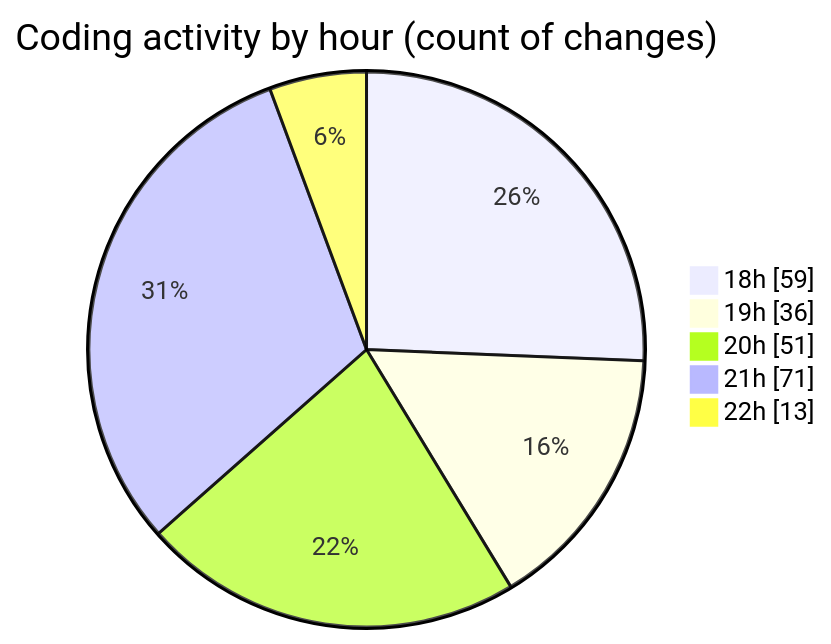
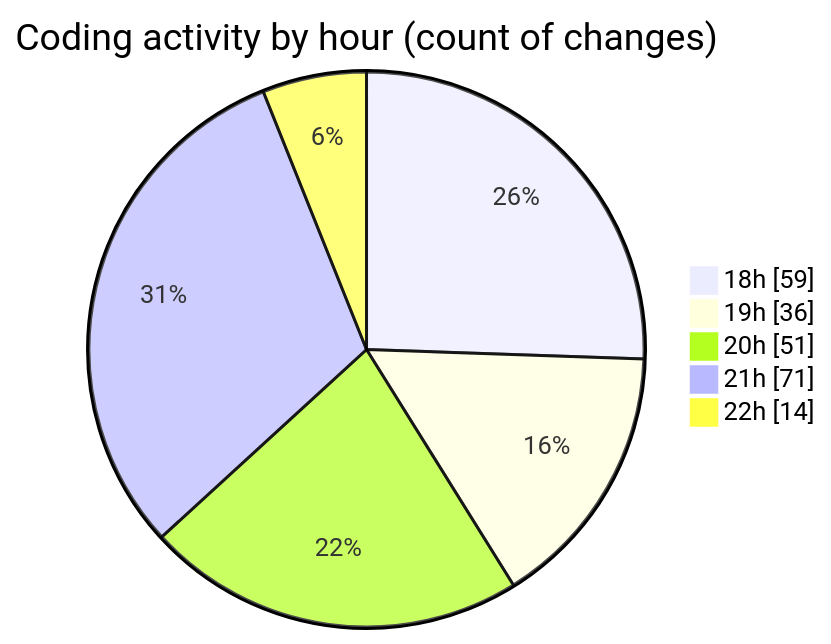
The second of 2 diagrams in 2025-04-02/back-end/README.md (Netris89/code-tracking), drawn with Mermaid before and after one commit. The commit also changed other lines of this file and 1 other file, not shown here.

````diff
--- a/2025-04-02/back-end/README.md
+++ b/2025-04-02/back-end/README.md
@@ -42,9 +42,9 @@
 ```mermaid
 pie showData
 title Coding activity by hour (count of changes)
 "18h" : 59
 "19h" : 36
 "20h" : 51
 "21h" : 71
-"22h" : 13
+"22h" : 14
 ```
````
